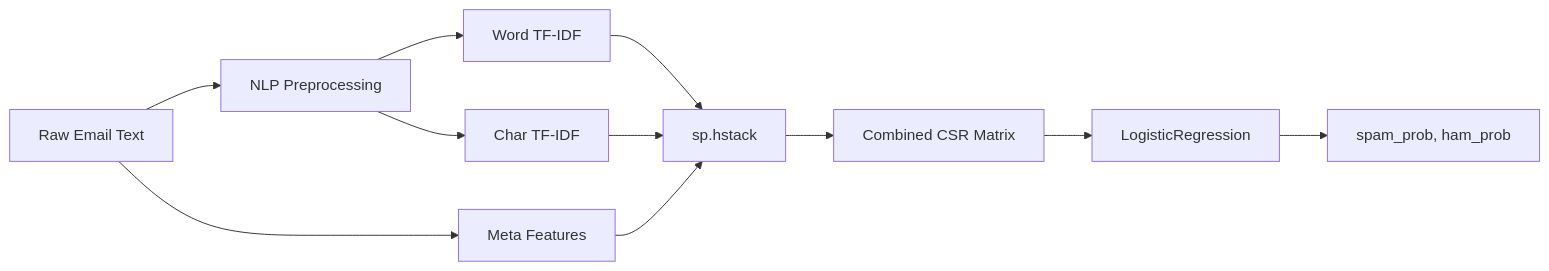
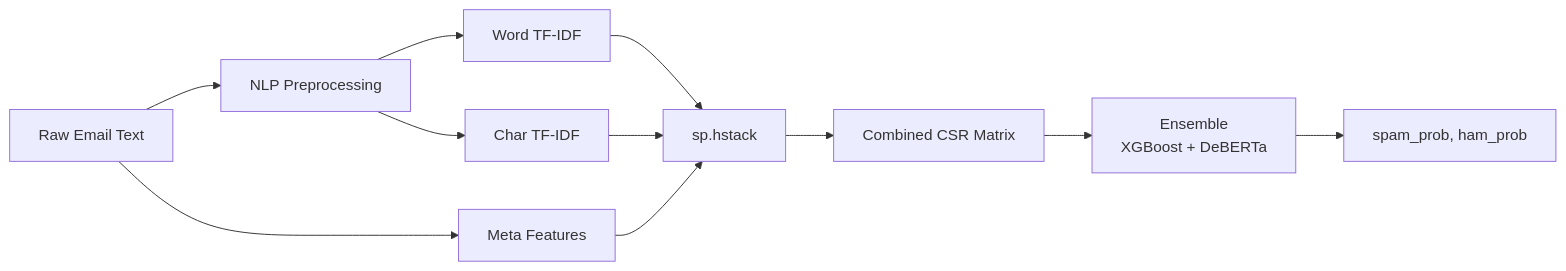
The fourth of 9 diagrams in docs/ARCHITECTURE.md (AVijit005/Spam-Email-Detection), drawn with Mermaid before and after one commit. The commit also changed other lines of this file and 12 other files, not shown here.

````diff
--- a/docs/ARCHITECTURE.md
+++ b/docs/ARCHITECTURE.md
@@ -155,14 +155,14 @@
 ```mermaid
 flowchart LR
     RAW[Raw Email Text] --> PREPROC[NLP Preprocessing]
     PREPROC --> WORD[Word TF-IDF]
     PREPROC --> CHAR[Char TF-IDF]
     RAW --> META[Meta Features]
 
     WORD --> CONCAT[sp.hstack]
     CHAR --> CONCAT
     META --> CONCAT
     CONCAT --> MATRIX[Combined CSR Matrix]
-    MATRIX --> MODEL[LogisticRegression]
+    MATRIX --> MODEL[Ensemble<br/>XGBoost + DeBERTa]
     MODEL --> PROB[spam_prob, ham_prob]
 ```
````
